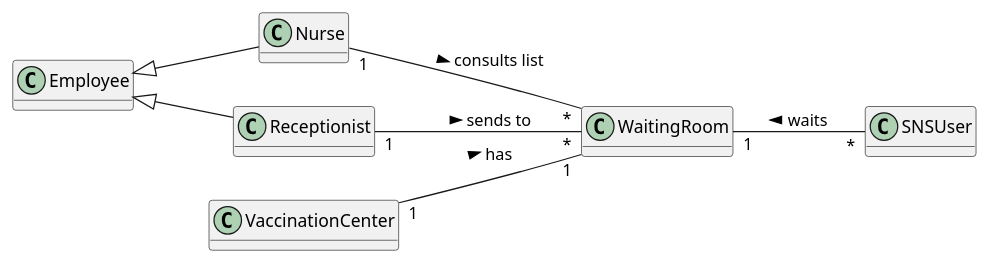
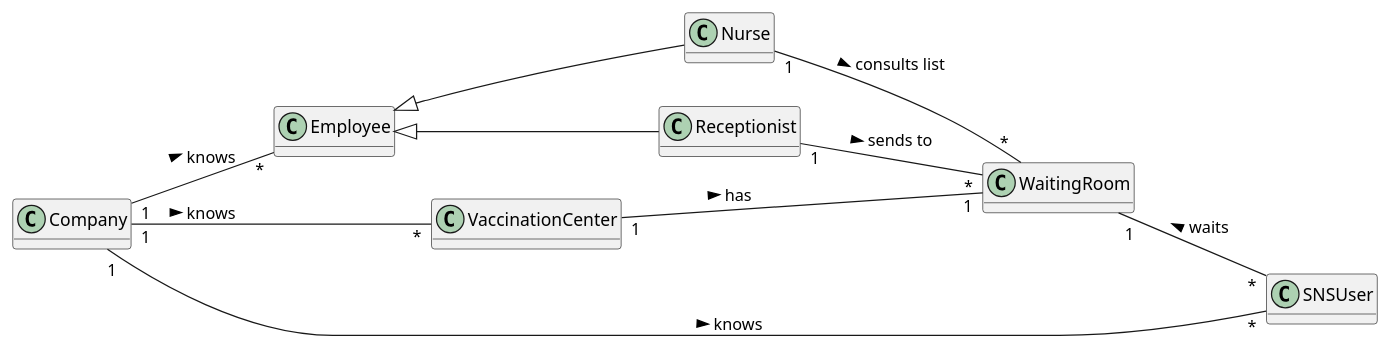
The diagram in docs/SprintC/US05/DM/US05_DM.puml (miseEnPlace-i/lapr2), drawn with PlantUML before and after one commit. The commit also changed 5 other files, not shown here.

```diff
--- a/docs/SprintC/US05/DM/US05_DM.puml
+++ b/docs/SprintC/US05/DM/US05_DM.puml
@@ -1,27 +1,33 @@
 @startuml
 hide methods
 left to right direction
 skinparam classAttributeIconSize 0
 
 class Employee {}
 
 class Nurse {}
 
 class Receptionist {}
 
 class VaccinationCenter {}
 
 class WaitingRoom {}
 
 class SNSUser {}
 
+class Company {}
+
 Employee <|-- Nurse
 Employee <|-- Receptionist
 
 VaccinationCenter "1" -- "1" WaitingRoom : has >
 WaitingRoom "1" -- "*" SNSUser : waits <
 
 Nurse "1" -- "*" WaitingRoom : consults list >
 Receptionist "1" -- "*" WaitingRoom : sends to >
 
+Company "1" -- "*" VaccinationCenter : knows > 
+Company "1" -- "*" SNSUser : knows > 
+Company "1" -- "*" Employee : knows > 
+
 @enduml
```
